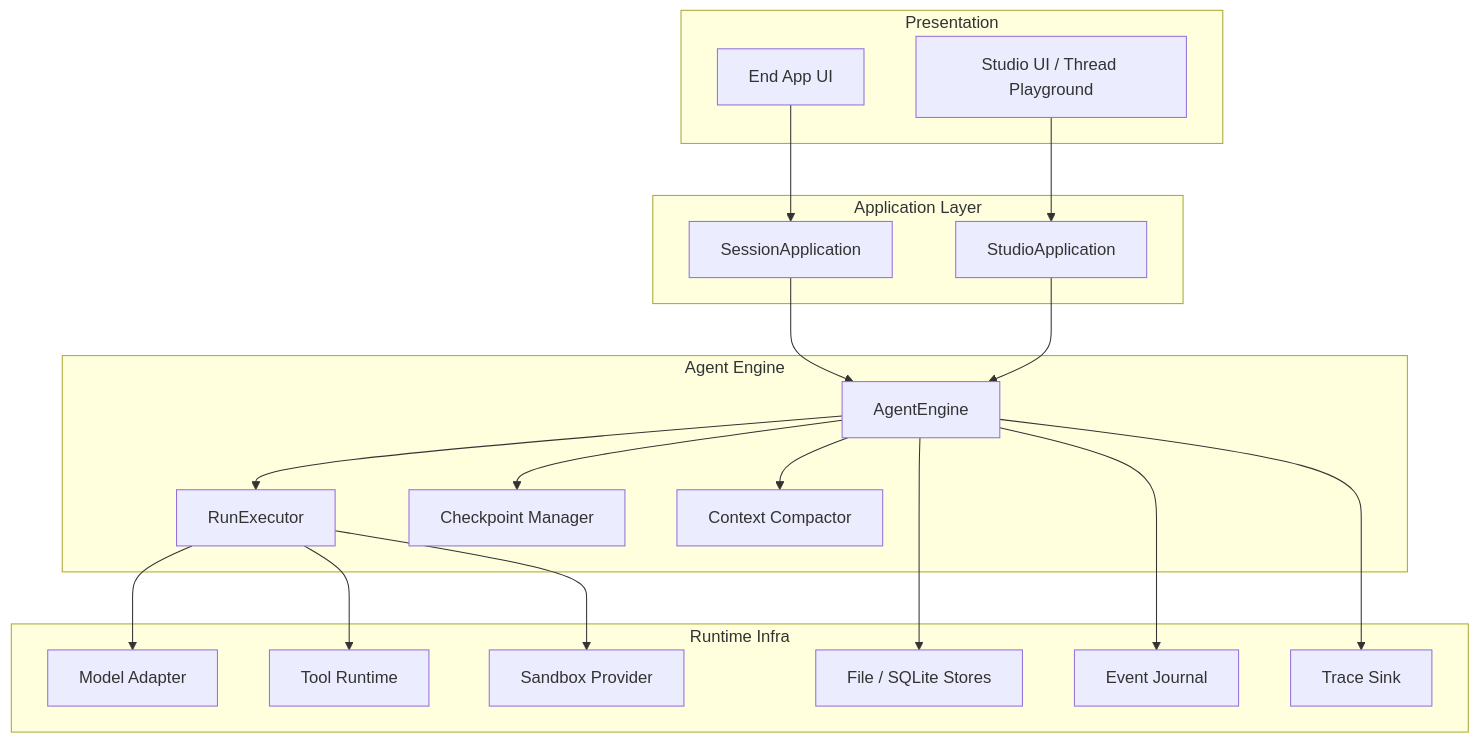
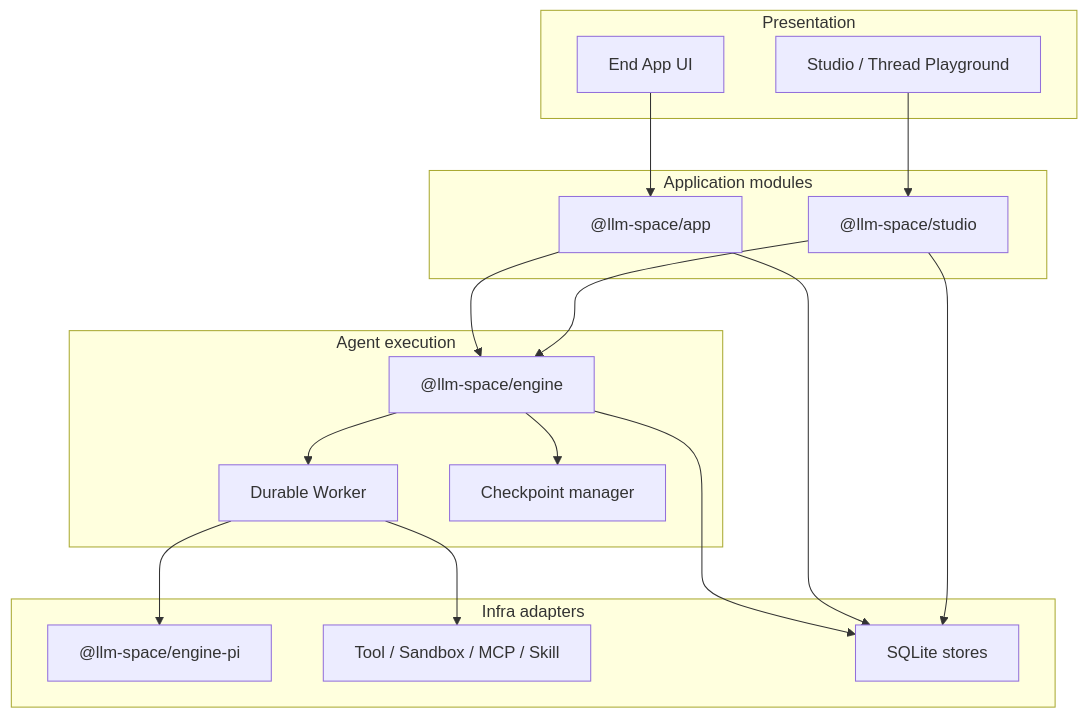
One commit to kodama-creative/ai-studio changed the first of 7 diagrams in docs/architecture/agent-application-engine-architecture.md. Above: the diagram before and after it, drawn with Mermaid. The commit also changed other lines of this file and 167 other files, not shown here.

Commit message:
feat(agent): introduce engine and application layers

````diff
--- a/docs/architecture/agent-application-engine-architecture.md
+++ b/docs/architecture/agent-application-engine-architecture.md
@@ -121,42 +49,36 @@
 ```mermaid
 flowchart TB
-  subgraph Presentation["Presentation"]
+  subgraph UI["Presentation"]
     EndUI["End App UI"]
-    StudioUI["Studio UI / Thread Playground"]
+    StudioUI["Studio / Thread Playground"]
   end
 
-  subgraph ApplicationLayer["Application Layer"]
-    SessionApp["SessionApplication"]
-    StudioApp["StudioApplication"]
+  subgraph Application["Application modules"]
+    SessionApp["@llm-space/app"]
+    StudioApp["@llm-space/studio"]
   end
 
-  subgraph EngineLayer["Agent Engine"]
-    Engine["AgentEngine"]
-    Executor["RunExecutor"]
-    Checkpoint["Checkpoint Manager"]
-    Compactor["Context Compactor"]
+  subgraph Engine["Agent execution"]
+    AgentEngine["@llm-space/engine"]
+    Worker["Durable Worker"]
+    Checkpoint["Checkpoint manager"]
   end
 
-  subgraph Infra["Runtime Infra"]
-    Model["Model Adapter"]
-    Tools["Tool Runtime"]
-    Sandbox["Sandbox Provider"]
-    Stores["File / SQLite Stores"]
-    Events["Event Journal"]
-    Trace["Trace Sink"]
+  subgraph Infra["Infra adapters"]
+    Pi["@llm-space/engine-pi"]
+    Tools["Tool / Sandbox / MCP / Skill"]
+    SQLite["SQLite stores"]
   end
 
   EndUI --> SessionApp
   StudioUI --> StudioApp
-  SessionApp --> Engine
-  StudioApp --> Engine
-  Engine --> Executor
-  Engine --> Checkpoint
-  Engine --> Compactor
-  Executor --> Model
-  Executor --> Tools
-  Executor --> Sandbox
-  Engine --> Stores
-  Engine --> Events
-  Engine --> Trace
+  SessionApp --> AgentEngine
+  StudioApp --> AgentEngine
+  AgentEngine --> Worker
+  Worker --> Pi
+  Worker --> Tools
+  AgentEngine --> Checkpoint
+  AgentEngine --> SQLite
+  SessionApp --> SQLite
+  StudioApp --> SQLite
 ```
````
